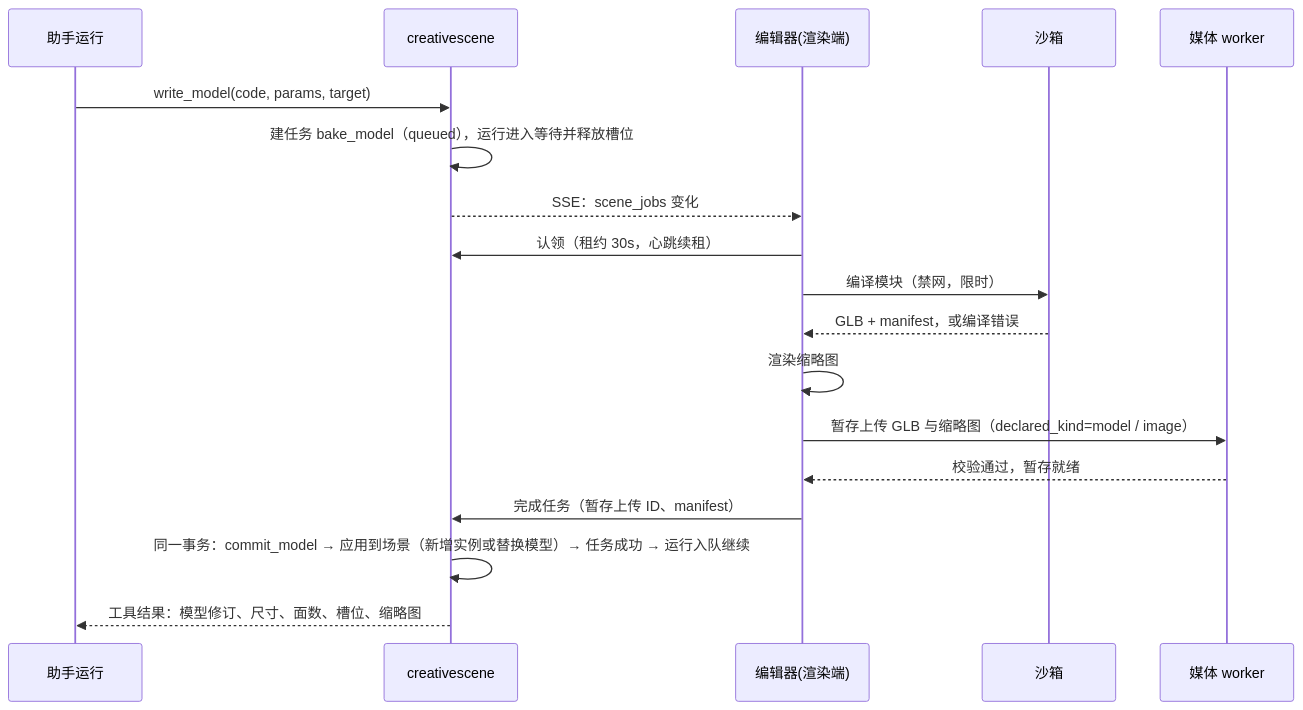
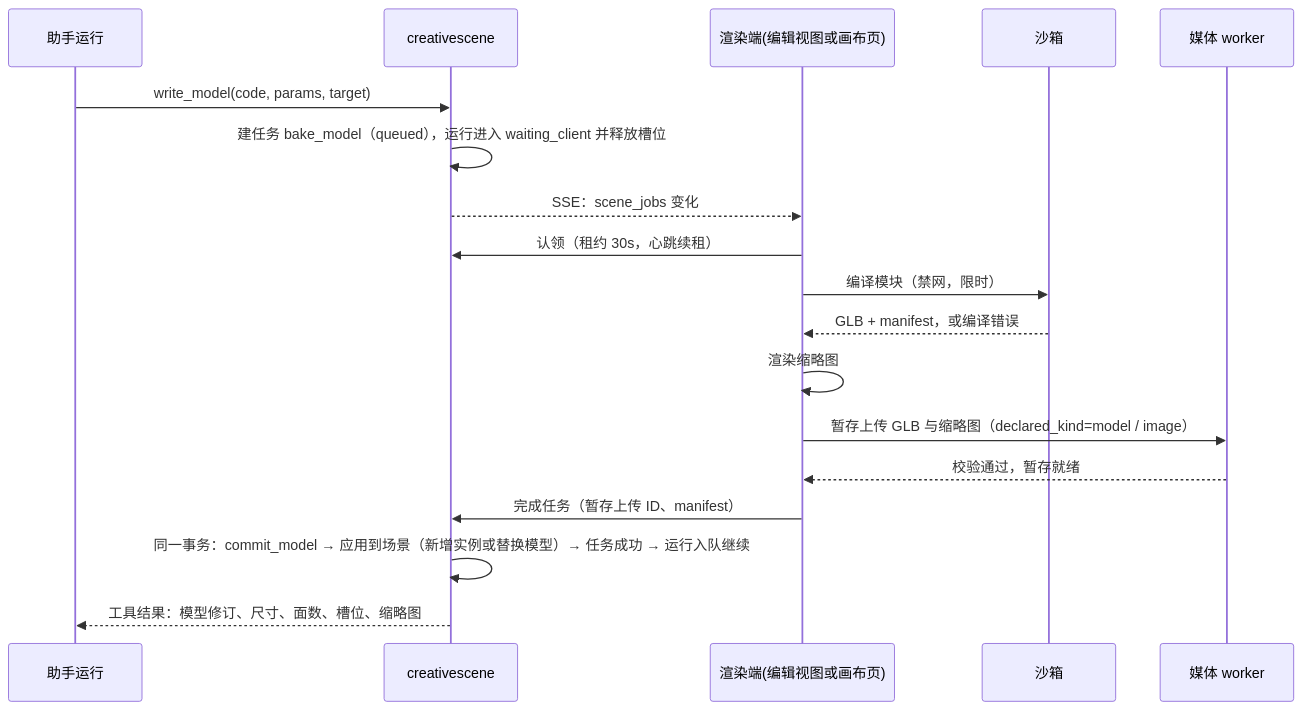
One commit to ltwin/customer_manage_platform changed the second of 4 diagrams in .lti/features/2026-10-15-scene-editor-3d/design.md. Above: the diagram before and after it, drawn with Mermaid. The commit also changed other lines of this file and 6 other files, not shown here.

````diff
--- a/.lti/features/2026-10-15-scene-editor-3d/design.md
+++ b/.lti/features/2026-10-15-scene-editor-3d/design.md
@@ -119,20 +120,20 @@
 ```mermaid
 sequenceDiagram
   participant M as 助手运行
   participant S as creativescene
-  participant E as 编辑器(渲染端)
+  participant E as 渲染端(编辑视图或画布页)
   participant X as 沙箱
   participant W as 媒体 worker
   M->>S: write_model(code, params, target)
-  S->>S: 建任务 bake_model（queued），运行进入等待并释放槽位
+  S->>S: 建任务 bake_model（queued），运行进入 waiting_client 并释放槽位
   S-->>E: SSE：scene_jobs 变化
   E->>S: 认领（租约 30s，心跳续租）
   E->>X: 编译模块（禁网，限时）
   X-->>E: GLB + manifest，或编译错误
   E->>E: 渲染缩略图
   E->>W: 暂存上传 GLB 与缩略图（declared_kind=model / image）
   W-->>E: 校验通过，暂存就绪
   E->>S: 完成任务（暂存上传 ID、manifest）
   S->>S: 同一事务：commit_model → 应用到场景（新增实例或替换模型）→ 任务成功 → 运行入队继续
   S-->>M: 工具结果：模型修订、尺寸、面数、槽位、缩略图
 ```
````
